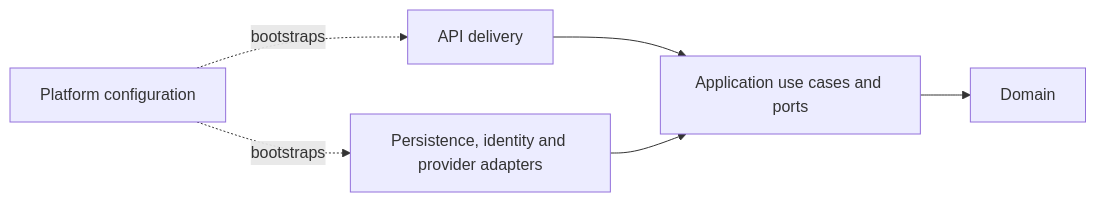
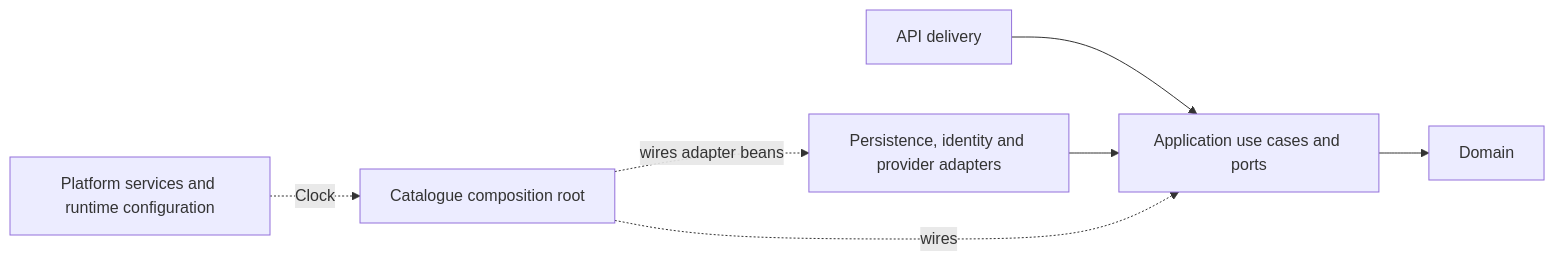
The diagram in backend/README.md (rubhern/videogame-platform), drawn with Mermaid before and after one commit. The commit also changed other lines of this file and 96 other files, not shown here.

````diff
--- a/backend/README.md
+++ b/backend/README.md
@@ -178,8 +188,9 @@
 ```mermaid
 flowchart LR
     HTTP["API delivery"] --> APP["Application use cases and ports"]
     OUT["Persistence, identity and provider adapters"] --> APP
     APP --> DOMAIN["Domain"]
-    PLATFORM["Platform configuration"] -. "bootstraps" .-> HTTP
-    PLATFORM -. "bootstraps" .-> OUT
+    ROOT["Catalogue composition root"] -. "wires" .-> APP
+    ROOT -. "wires adapter beans" .-> OUT
+    PLATFORM["Platform services and runtime configuration"] -. "Clock" .-> ROOT
 ```
````
